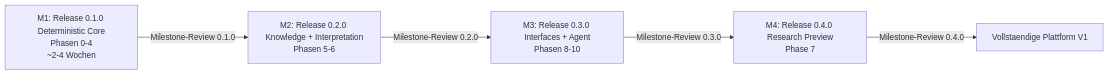
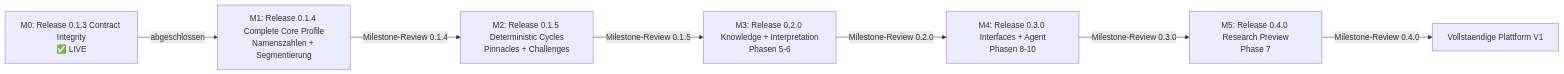
The first of 2 diagrams in docs/audit/implementation-plan.md (GoLukeEnviro/numerology-analyst-agent), drawn with Mermaid before and after one commit. The commit also changed other lines of this file and 7 other files, not shown here.

````diff
--- a/docs/audit/implementation-plan.md
+++ b/docs/audit/implementation-plan.md
@@ -21,12 +21,16 @@
 ```mermaid
 graph LR
-    M1[M1: Release 0.1.0 Deterministic Core<br/>Phasen 0-4<br/>~2-4 Wochen]
-    M2[M2: Release 0.2.0 Knowledge + Interpretation<br/>Phasen 5-6]
-    M3[M3: Release 0.3.0 Interfaces + Agent<br/>Phasen 8-10]
-    M4[M4: Release 0.4.0 Research Preview<br/>Phase 7]
+    M13[M0: Release 0.1.3 Contract Integrity<br/>✅ LIVE]
+    M14[M1: Release 0.1.4 Complete Core Profile<br/>Namenszahlen + Segmentierung]
+    M15[M2: Release 0.1.5 Deterministic Cycles<br/>Pinnacles + Challenges]
+    M2[M3: Release 0.2.0 Knowledge + Interpretation<br/>Phasen 5-6]
+    M3[M4: Release 0.3.0 Interfaces + Agent<br/>Phasen 8-10]
+    M4[M5: Release 0.4.0 Research Preview<br/>Phase 7]
 
-    M1 -->|Milestone-Review 0.1.0| M2
+    M13 -->|abgeschlossen| M14
+    M14 -->|Milestone-Review 0.1.4| M15
+    M15 -->|Milestone-Review 0.1.5| M2
     M2 -->|Milestone-Review 0.2.0| M3
     M3 -->|Milestone-Review 0.3.0| M4
     M4 -->|Milestone-Review 0.4.0| RELEASE[Vollstaendige Plattform V1]
 ```
````
